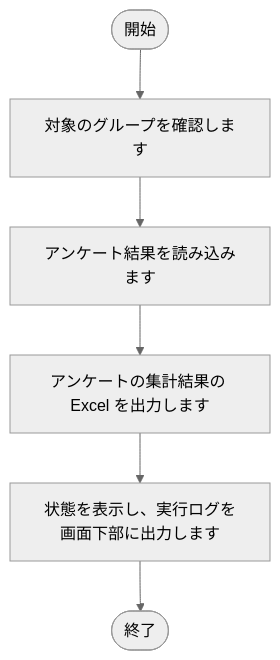
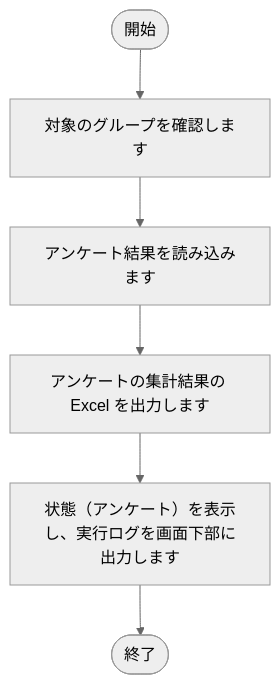
One commit to nishida2073/project_management changed the seventh of 28 diagrams in tool/track-aggregator/doc/02_設計/処理フロー.md. Above: the diagram before and after it, drawn with Mermaid (neutral theme). The commit also changed other lines of this file and 19 other files, not shown here.

````diff
--- a/tool/track-aggregator/doc/02_設計/処理フロー.md
+++ b/tool/track-aggregator/doc/02_設計/処理フロー.md
@@ -182,14 +184,14 @@
 ```mermaid
 flowchart TD
     S(["開始"])
     E(["終了"])
     N1["対象のグループを確認します"]
     S --> N1
     N2["アンケート結果を読み込みます"]
     N1 --> N2
     N3["アンケートの集計結果の Excel を出力します"]
     N2 --> N3
-    N4["状態を表示し、実行ログを画面下部に出力します"]
+    N4["状態（アンケート）を表示し、実行ログを画面下部に出力します"]
     N3 --> N4
     N4 --> E
 ```
````
